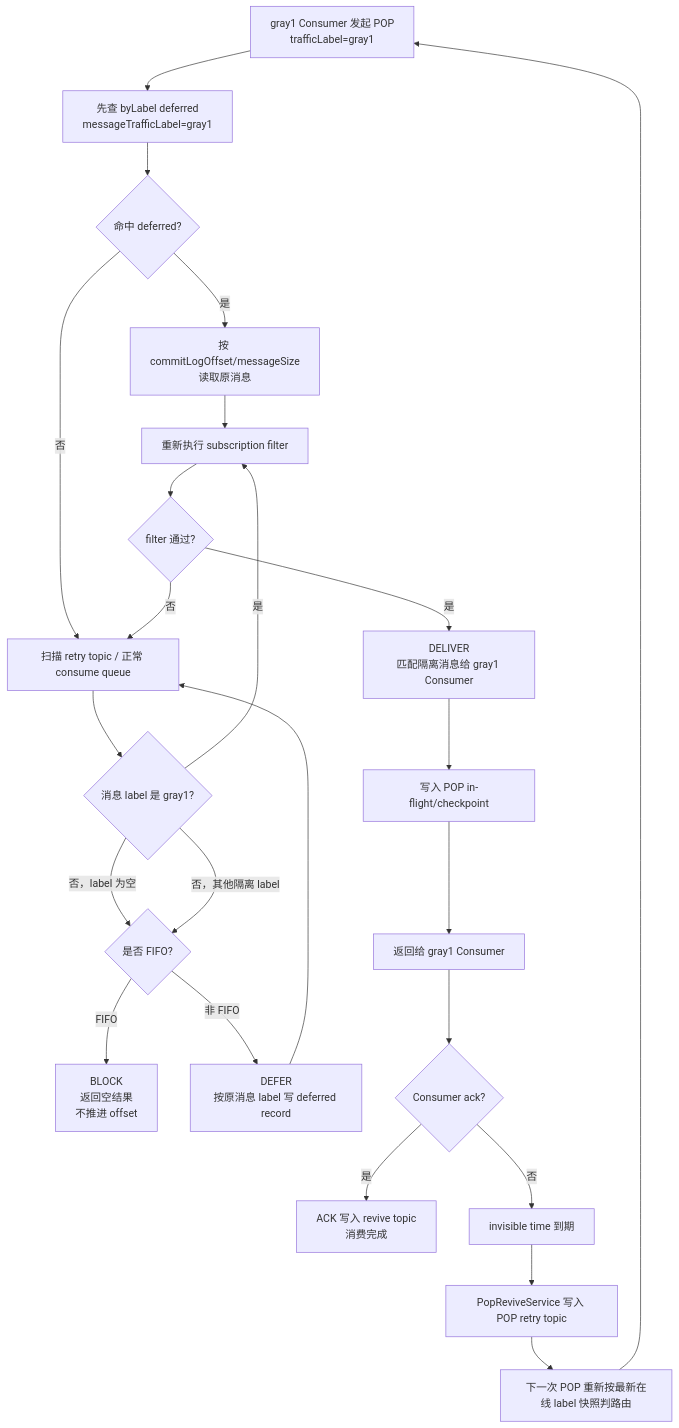
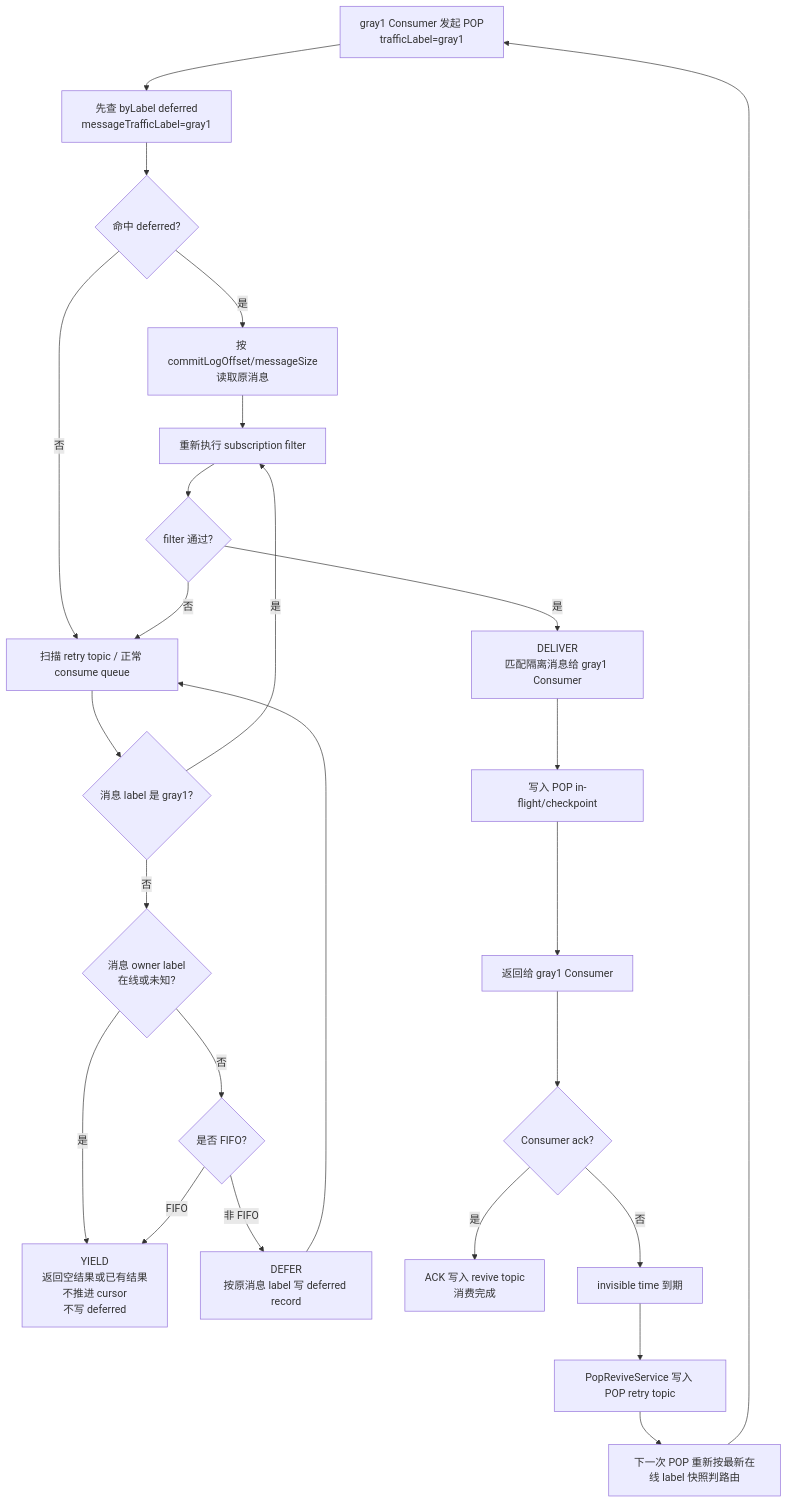
One commit to lossend/rocketmq changed the second of 5 diagrams in docs/plans/2026-06-11-traffic-label-routing.md. Above: the diagram before and after it, drawn with Mermaid. The commit also changed other lines of this file, not shown here.

````diff
--- a/docs/plans/2026-06-11-traffic-label-routing.md
+++ b/docs/plans/2026-06-11-traffic-label-routing.md
@@ -129,26 +191,27 @@
 ```mermaid
 flowchart TD
     A["gray1 Consumer 发起 POP<br/>trafficLabel=gray1"] --> B["先查 byLabel deferred<br/>messageTrafficLabel=gray1"]
     B --> C{"命中 deferred?"}
     C -->|是| D["按 commitLogOffset/messageSize<br/>读取原消息"]
     C -->|否| E["扫描 retry topic / 正常 consume queue"]
     D --> F["重新执行 subscription filter"]
     E --> G{"消息 label 是 gray1?"}
     G -->|是| F
-    G -->|否，label 为空| H{"是否 FIFO?"}
-    G -->|否，其他隔离 label| H
-    H -->|FIFO| I["BLOCK<br/>返回空结果<br/>不推进 offset"]
-    H -->|非 FIFO| J["DEFER<br/>按原消息 label 写 deferred record"]
-    J --> E
-    F --> K{"filter 通过?"}
-    K -->|否| E
-    K -->|是| L["DELIVER<br/>匹配隔离消息给 gray1 Consumer"]
-    L --> M["写入 POP in-flight/checkpoint"]
-    M --> N["返回给 gray1 Consumer"]
-    N --> O{"Consumer ack?"}
-    O -->|是| P["ACK 写入 revive topic<br/>消费完成"]
-    O -->|否| Q["invisible time 到期"]
-    Q --> R["PopReviveService 写入 POP retry topic"]
-    R --> S["下一次 POP 重新按最新在线 label 快照判路由"]
-    S --> A
+    G -->|否| H{"消息 owner label<br/>在线或未知?"}
+    H -->|是| I["YIELD<br/>返回空结果或已有结果<br/>不推进 cursor<br/>不写 deferred"]
+    H -->|否| J{"是否 FIFO?"}
+    J -->|FIFO| I
+    J -->|非 FIFO| K["DEFER<br/>按原消息 label 写 deferred record"]
+    K --> E
+    F --> L{"filter 通过?"}
+    L -->|否| E
+    L -->|是| M["DELIVER<br/>匹配隔离消息给 gray1 Consumer"]
+    M --> N["写入 POP in-flight/checkpoint"]
+    N --> O["返回给 gray1 Consumer"]
+    O --> P{"Consumer ack?"}
+    P -->|是| Q["ACK 写入 revive topic<br/>消费完成"]
+    P -->|否| R["invisible time 到期"]
+    R --> S["PopReviveService 写入 POP retry topic"]
+    S --> T["下一次 POP 重新按最新在线 label 快照判路由"]
+    T --> A
 ```
````
